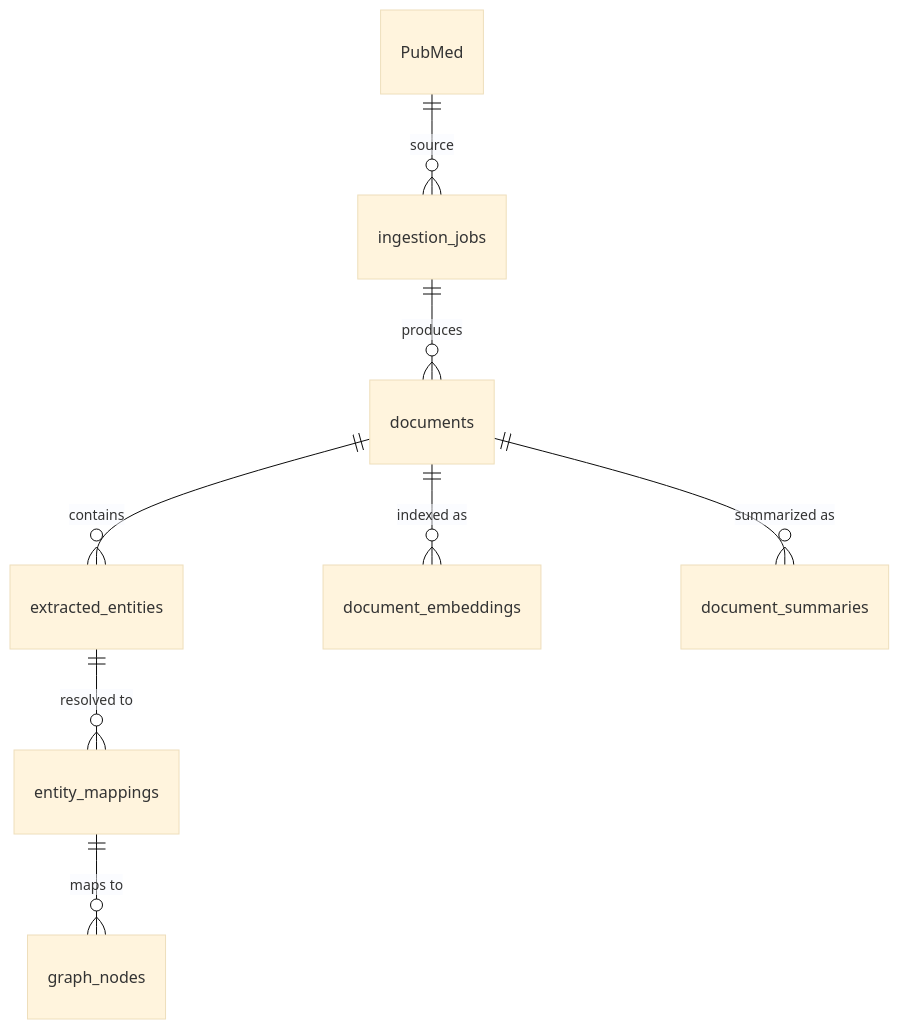
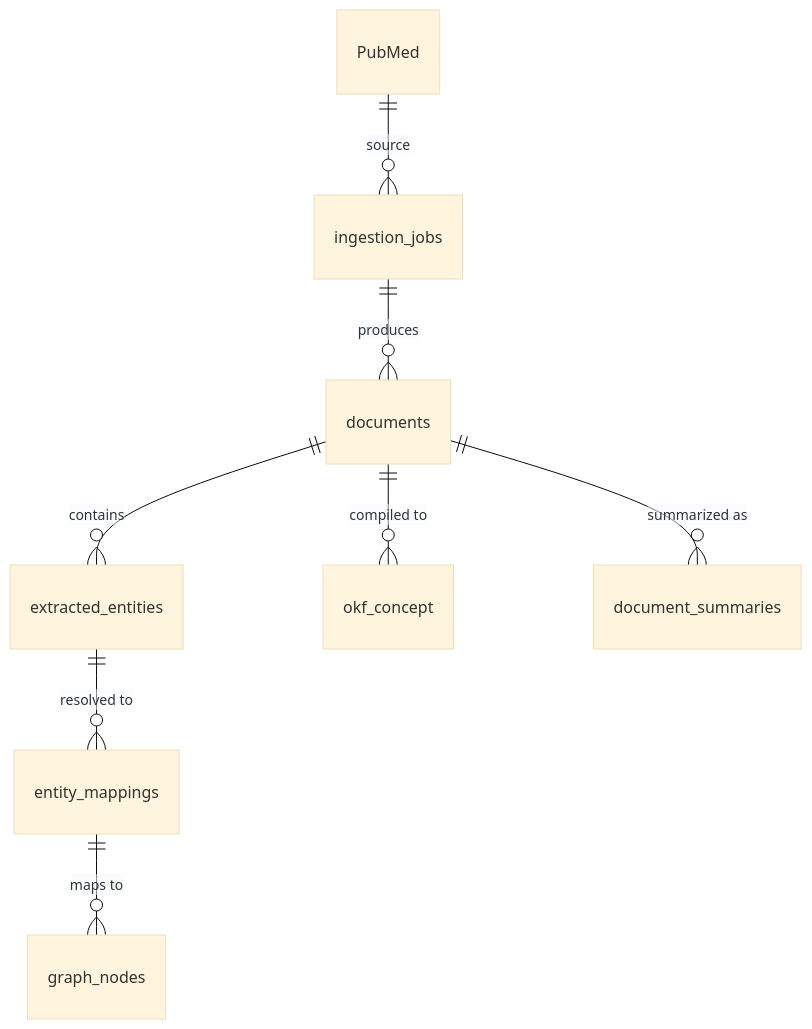
One commit to OpenHealthAgents/AI-RxOS changed diagram 19 of 21 in architecture/09-er-diagrams.md. Above: the diagram before and after it, drawn with Mermaid (base theme). The commit also changed other lines of this file and 13 other files, not shown here.

Commit message:
docs: Migrate from PGVector to LLM Wiki (OKF/qmd) and integrate Better Auth across requirement documents & deployment diagrams

````diff
--- a/architecture/09-er-diagrams.md
+++ b/architecture/09-er-diagrams.md
@@ -1261,10 +1266,10 @@
 ```mermaid
 erDiagram
     PubMed ||--o{ ingestion_jobs : "source"
     ingestion_jobs ||--o{ documents : "produces"
     documents ||--o{ extracted_entities : "contains"
     extracted_entities ||--o{ entity_mappings : "resolved to"
     entity_mappings ||--o{ graph_nodes : "maps to"
-    documents ||--o{ document_embeddings : "indexed as"
+    documents ||--o{ okf_concept : "compiled to"
     documents ||--o{ document_summaries : "summarized as"
 ```
````
